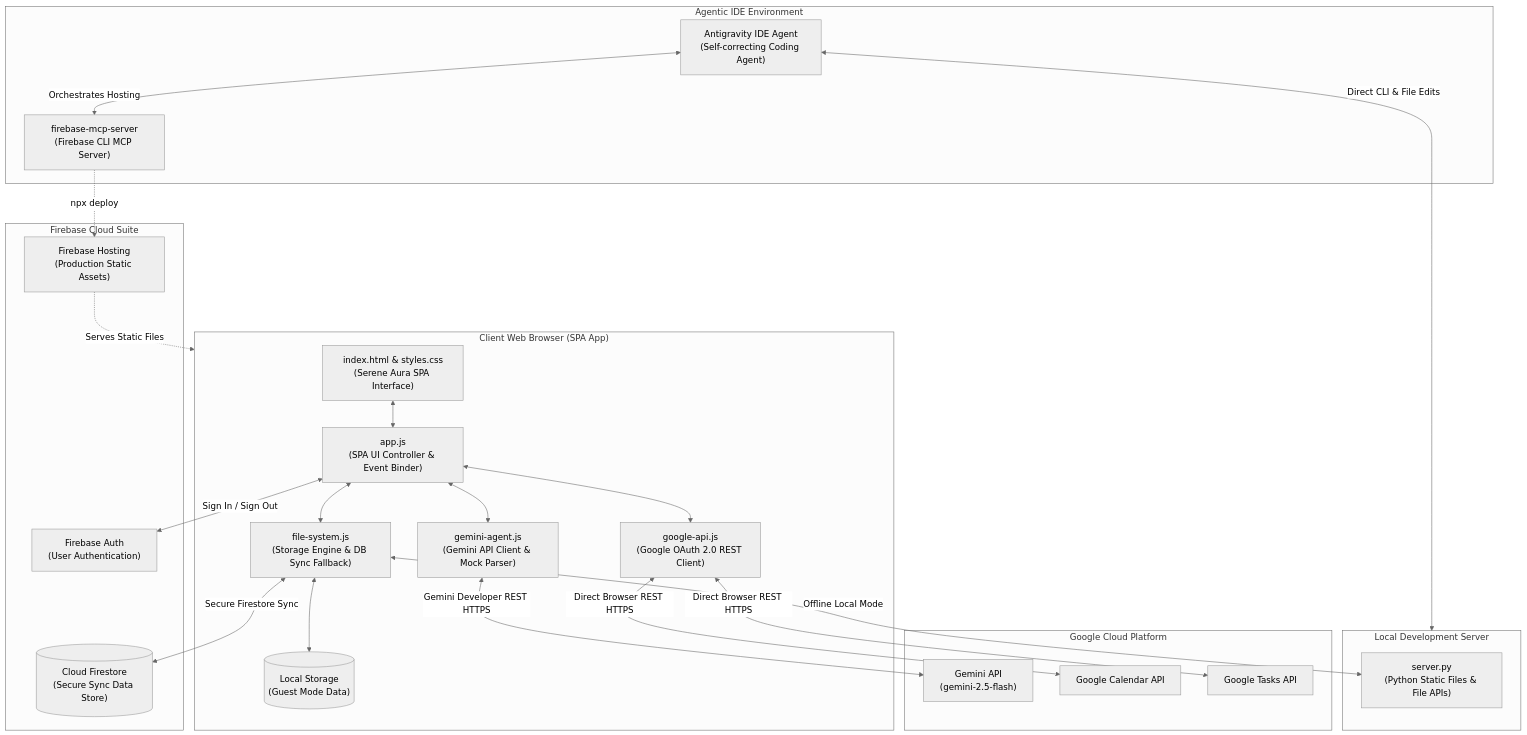
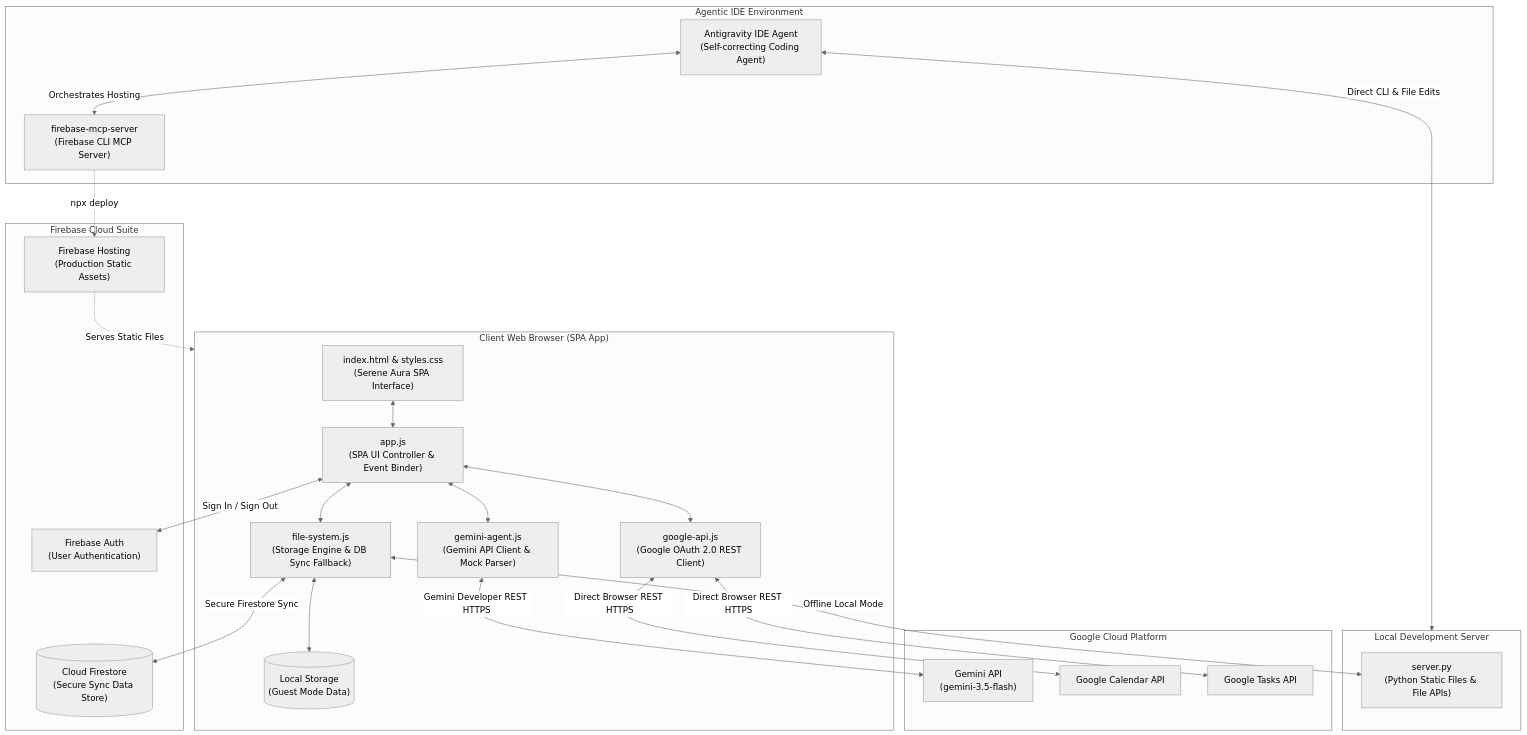
The diagram in architecture.md (halciber/vanessas-concierge), drawn with Mermaid (neutral theme) before and after one commit. The commit also changed other lines of this file and 5 other files, not shown here.

Commit message:
Upgrade default Gemini model to gemini-3.5-flash and add settings model selector

````diff
--- a/architecture.md
+++ b/architecture.md
@@ -11,55 +11,55 @@
 ```mermaid
 graph TD
   subgraph Browser ["Client Web Browser (SPA App)"]
     UI["index.html & styles.css<br/>(Serene Aura SPA Interface)"]
     App["app.js<br/>(SPA UI Controller & Event Binder)"]
     FS["file-system.js<br/>(Storage Engine & DB Sync Fallback)"]
     GAPI["google-api.js<br/>(Google OAuth 2.0 REST Client)"]
     Agent["gemini-agent.js<br/>(Gemini API Client & Mock Parser)"]
     LStorage[("Local Storage<br/>(Guest Mode Data)")]
   end
 
   subgraph LocalDev ["Local Development Server"]
     PyServer["server.py<br/>(Python Static Files & File APIs)"]
   end
 
   subgraph GoogleCloud ["Google Cloud Platform"]
-    GeminiAPI["Gemini API<br/>(gemini-2.5-flash)"]
+    GeminiAPI["Gemini API<br/>(gemini-3.5-flash)"]
     GCal["Google Calendar API"]
     GTasks["Google Tasks API"]
   end
 
   subgraph FirebaseCloud ["Firebase Cloud Suite"]
     FBHosting["Firebase Hosting<br/>(Production Static Assets)"]
     Firestore[("Cloud Firestore<br/>(Secure Sync Data Store)")]
     FBAuth["Firebase Auth<br/>(User Authentication)"]
   end
 
   subgraph AgenticIDE ["Agentic IDE Environment"]
     IDEAgent["Antigravity IDE Agent<br/>(Self-correcting Coding Agent)"]
     FBMCP["firebase-mcp-server<br/>(Firebase CLI MCP Server)"]
   end
 
   %% Client connections
   UI <--> App
   App <--> FS
   App <--> GAPI
   App <--> Agent
   FS <--> LStorage
 
   %% REST Connections to Google Cloud
   GAPI <-->|Direct Browser REST HTTPS| GCal
   GAPI <-->|Direct Browser REST HTTPS| GTasks
   Agent <-->|Gemini Developer REST HTTPS| GeminiAPI
 
   %% Storage sync logic
   FS <-->|Offline Local Mode| PyServer
   FS <-->|Secure Firestore Sync| Firestore
   App <-->|Sign In / Sign Out| FBAuth
 
   %% Development and Deployment flow
   IDEAgent <-->|Direct CLI & File Edits| LocalDev
   IDEAgent <-->|Orchestrates Hosting| FBMCP
   FBMCP -.->|npx deploy| FBHosting
   FBHosting -.->|Serves Static Files| Browser
 ```
````
